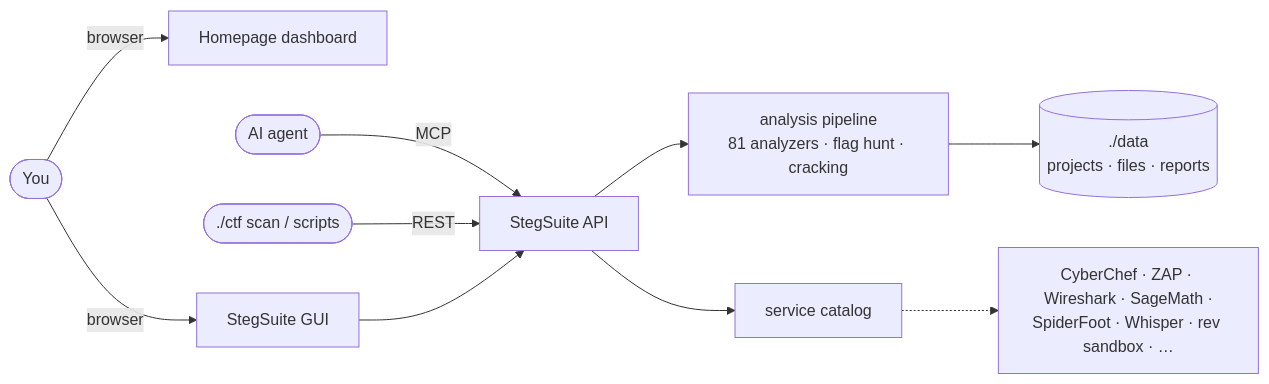
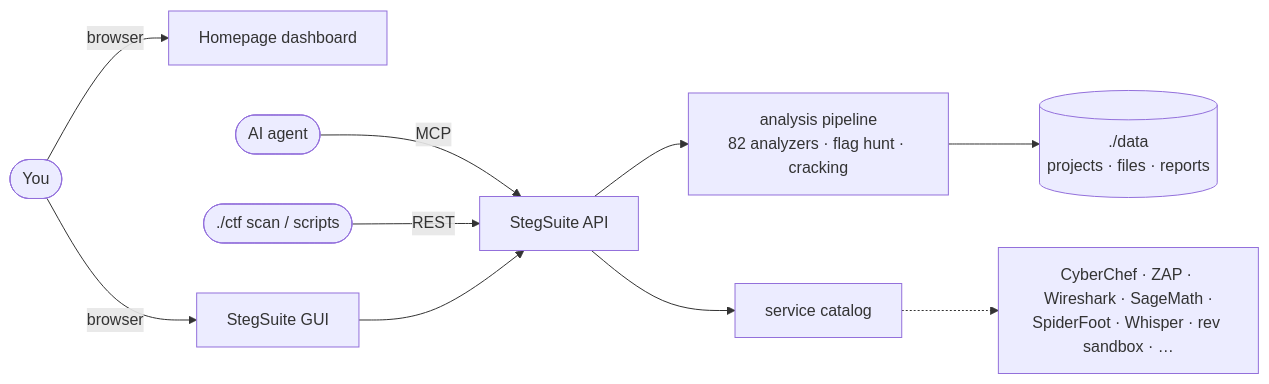
Before and after one commit to dexRand/ctf-docker: the diagram in README.md, drawn with Mermaid. The commit also changed other lines of this file and 1 other file, not shown here.

Commit message:
docs(readme): 82 analyzers, document tar-chain

````diff
--- a/README.md
+++ b/README.md
@@ -87,12 +87,12 @@
 ```mermaid
 flowchart LR
   you([You]) -->|browser| dash[Homepage dashboard]
   you -->|browser| ss[StegSuite GUI]
   agent([AI agent]) -->|MCP| api
   cli([./ctf scan / scripts]) -->|REST| api
   ss --> api[StegSuite API]
-  api --> pipe[analysis pipeline<br/>81 analyzers · flag hunt · cracking]
+  api --> pipe[analysis pipeline<br/>82 analyzers · flag hunt · cracking]
   pipe --> data[(./data<br/>projects · files · reports)]
   api --> svc[service catalog]
   svc -.-> tools[CyberChef · ZAP · Wireshark · SageMath ·<br/>SpiderFoot · Whisper · rev sandbox · …]
 ```
````
